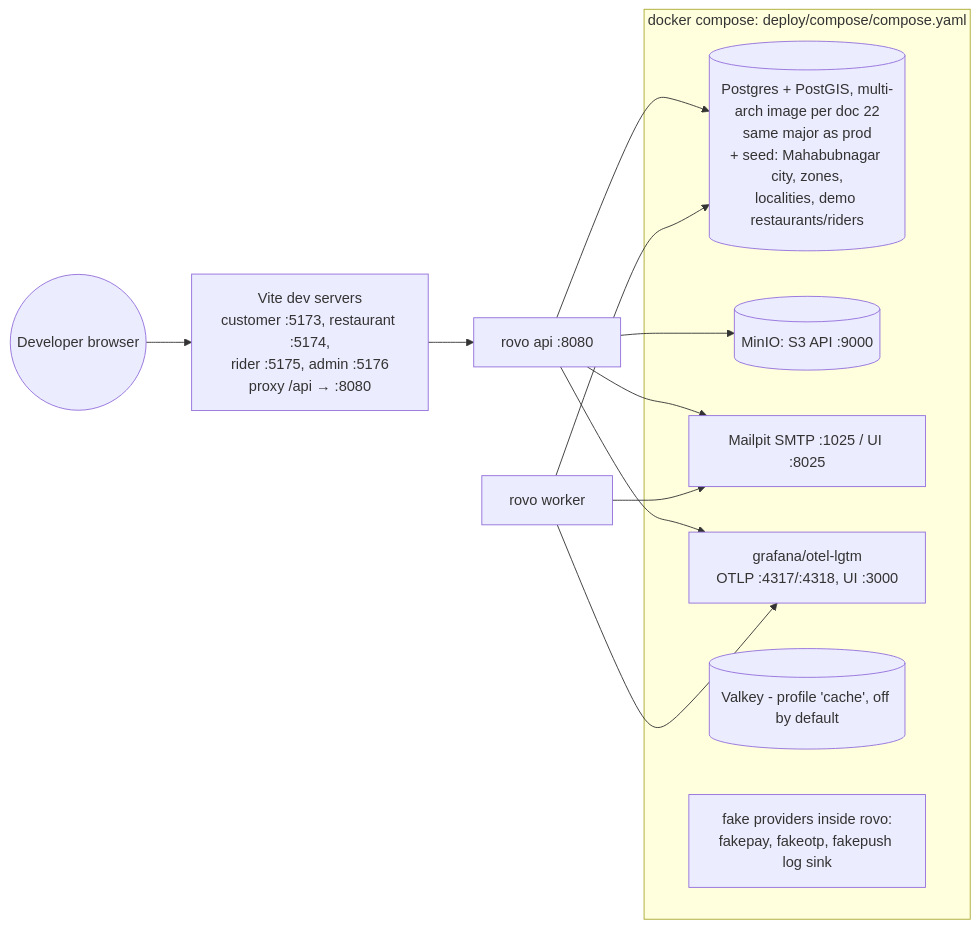
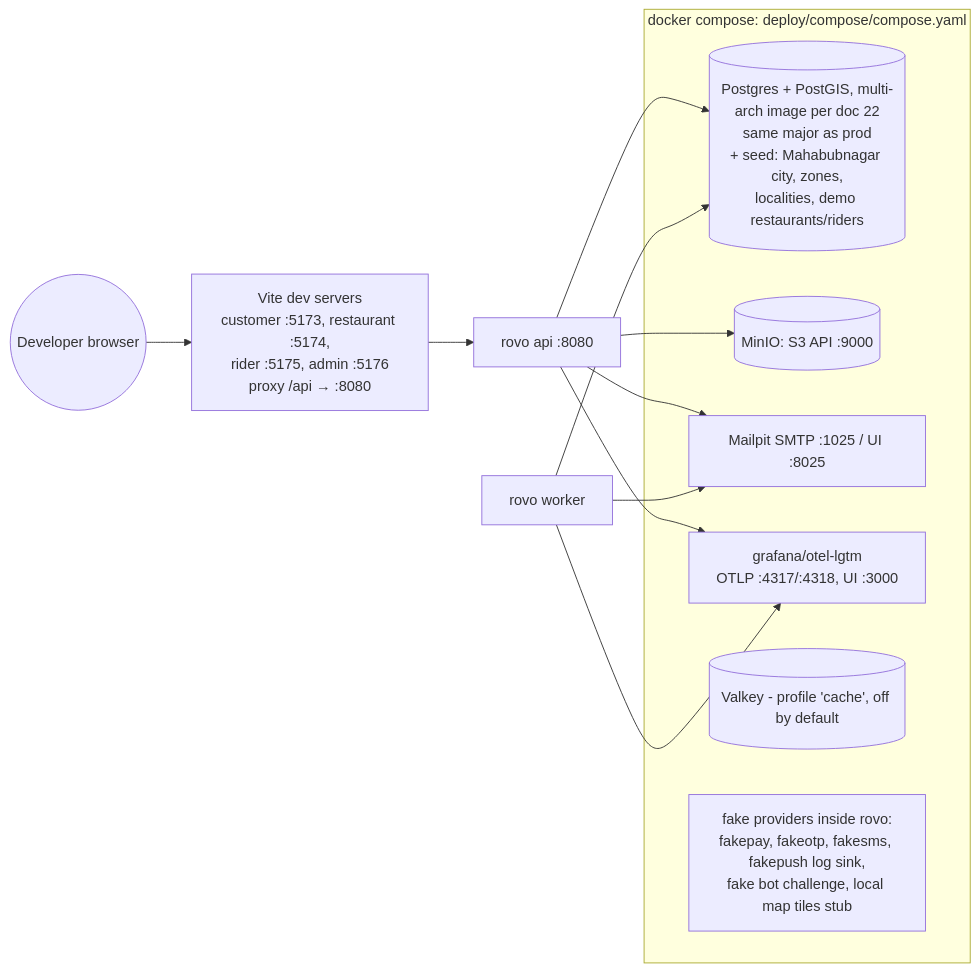
One commit to storetmobiles2-code/rovo changed the third of 11 diagrams in docs/planning/08-system-architecture.md. Above: the diagram before and after it, drawn with Mermaid. The commit also changed other lines of this file and 4 other files, not shown here.

````diff
--- a/docs/planning/08-system-architecture.md
+++ b/docs/planning/08-system-architecture.md
@@ -152,15 +164,15 @@
 ```mermaid
 flowchart LR
     DEV((Developer browser)) --> VITE[Vite dev servers<br/>customer :5173, restaurant :5174,<br/>rider :5175, admin :5176<br/>proxy /api → :8080]
     VITE --> API[rovo api :8080]
     subgraph Compose[docker compose: deploy/compose/compose.yaml]
         PG[(Postgres + PostGIS, multi-arch image per doc 22<br/>same major as prod<br/>+ seed: Mahabubnagar city, zones,<br/>localities, demo restaurants/riders)]
         MINIO[(MinIO: S3 API :9000)]
         MAIL[Mailpit SMTP :1025 / UI :8025]
         LGTM[grafana/otel-lgtm<br/>OTLP :4317/:4318, UI :3000]
         VALKEY[(Valkey - profile 'cache', off by default)]
-        FAKES[fake providers inside rovo:<br/>fakepay, fakeotp, fakepush log sink]
+        FAKES[fake providers inside rovo:<br/>fakepay, fakeotp, fakesms, fakepush log sink,<br/>fake bot challenge, local map tiles stub]
     end
     API --> PG & MINIO & MAIL & LGTM
     WORKER[rovo worker] --> PG & MAIL & LGTM
 ```
````
